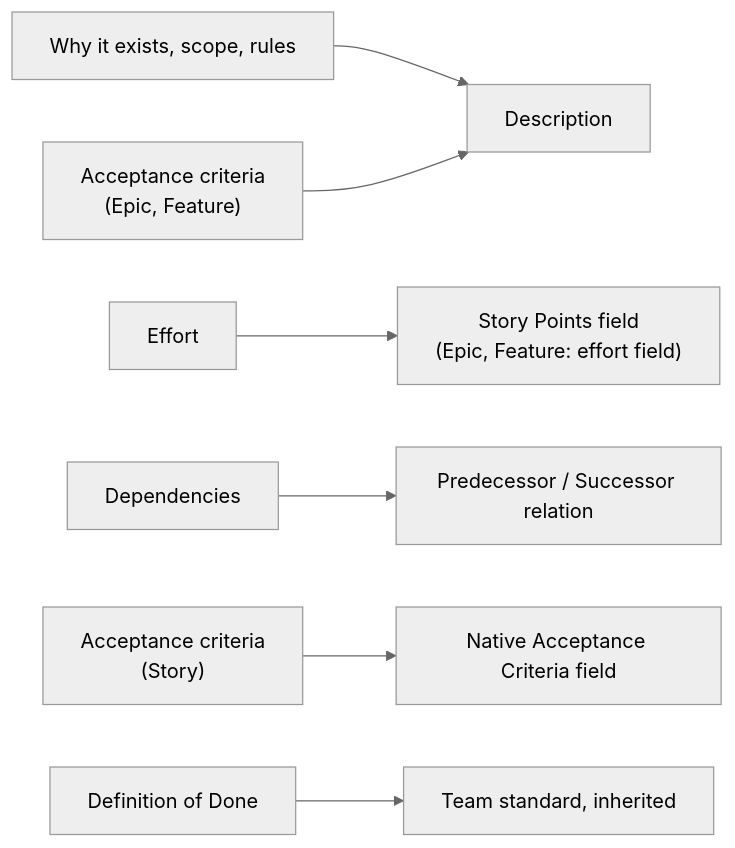
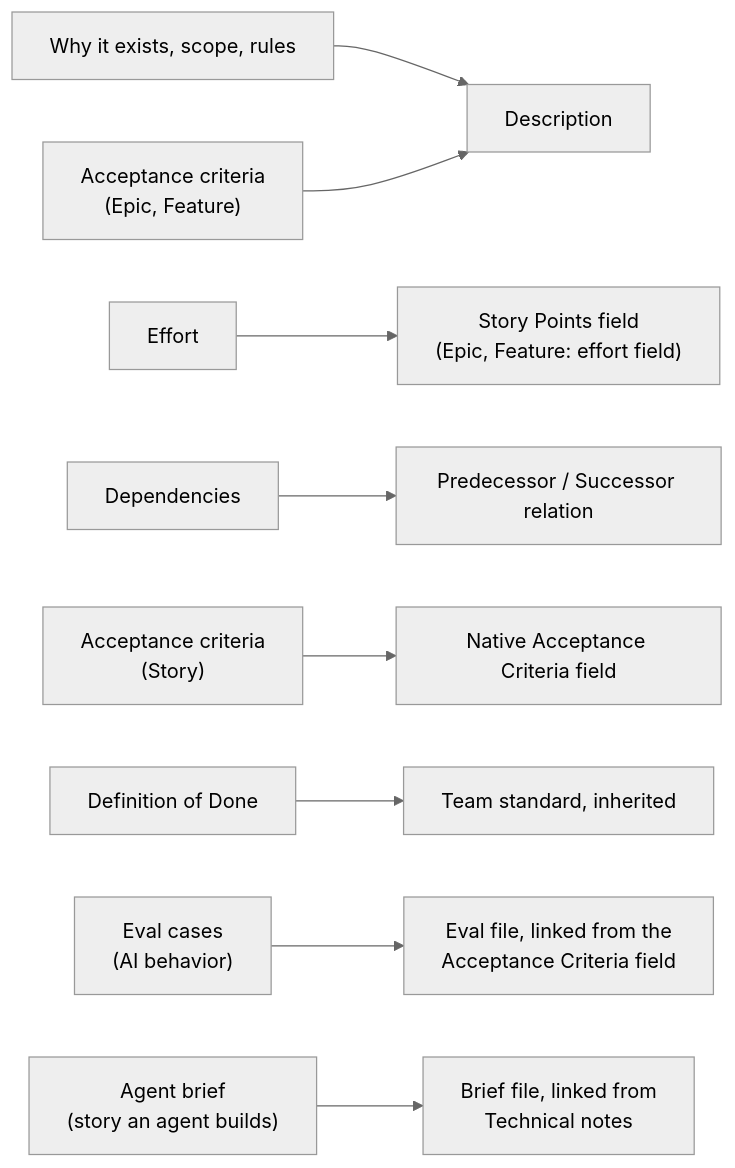
The second of 3 diagrams in docs/hierarchy.md (Benyoumen/backlog-writing-system), drawn with Mermaid (neutral theme) before and after one commit. The commit also changed other lines of this file and 59 other files, not shown here.

````diff
--- a/docs/hierarchy.md
+++ b/docs/hierarchy.md
@@ -31,9 +32,11 @@
 ```mermaid
 flowchart LR
     A["Why it exists, scope, rules"] --> D["Description"]
     B["Effort"] --> P["Story Points field<br/>(Epic, Feature: effort field)"]
     C["Dependencies"] --> R["Predecessor / Successor relation"]
     G["Acceptance criteria<br/>(Story)"] --> N["Native Acceptance Criteria field"]
     H["Acceptance criteria<br/>(Epic, Feature)"] --> D
     I["Definition of Done"] --> T["Team standard, inherited"]
+    J["Eval cases<br/>(AI behavior)"] --> V["Eval file, linked from the<br/>Acceptance Criteria field"]
+    K["Agent brief<br/>(story an agent builds)"] --> W["Brief file, linked from<br/>Technical notes"]
 ```
````
